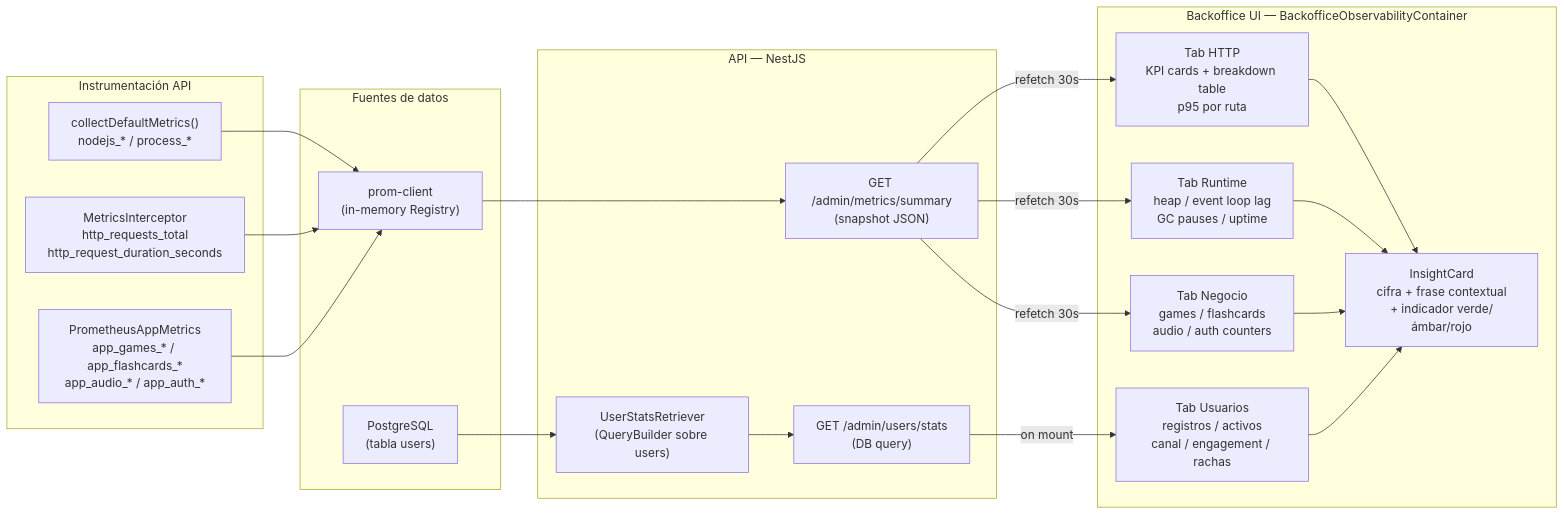
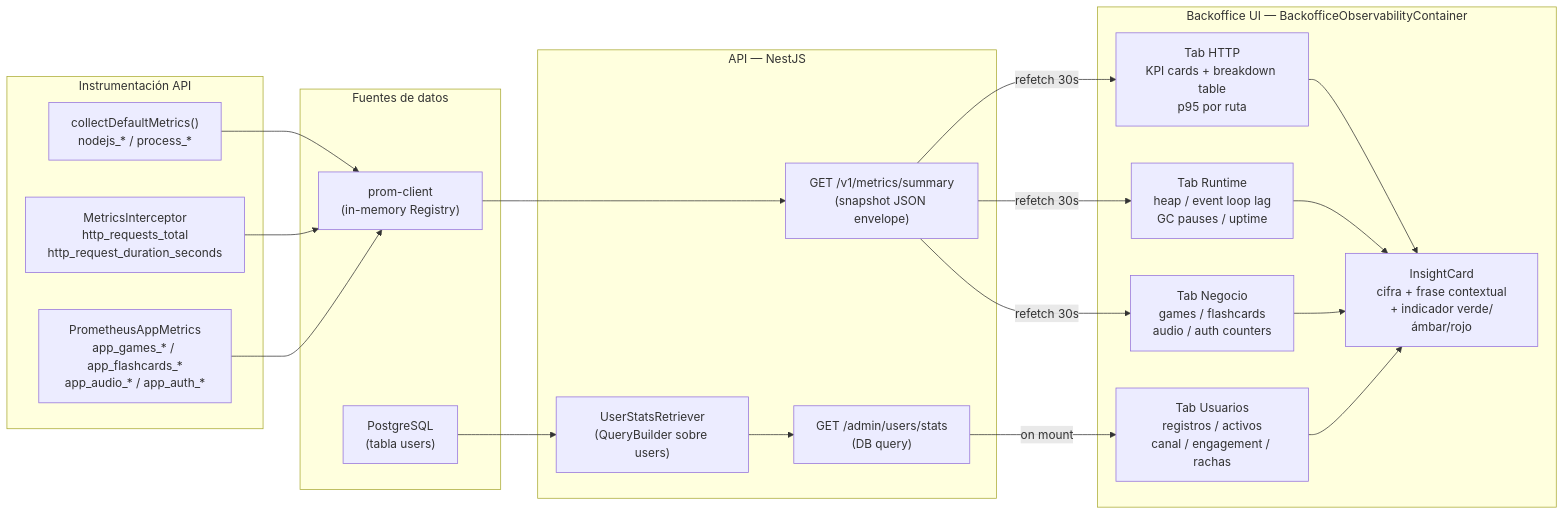
One commit to AbrahamVilchesDeLaCruz/ididntcatchthat changed the first of 3 diagrams in docs/diagrams/observability-backoffice.md. Above: the diagram before and after it, drawn with Mermaid. The commit also changed 6 other files, not shown here.

````diff
--- a/docs/diagrams/observability-backoffice.md
+++ b/docs/diagrams/observability-backoffice.md
@@ -9,44 +9,44 @@
 ```mermaid
 flowchart LR
     subgraph sources [Fuentes de datos]
         prometheus["prom-client\n(in-memory Registry)"]
         db["PostgreSQL\n(tabla users)"]
     end
 
     subgraph instrumentation [Instrumentación API]
         collectDefault["collectDefaultMetrics()\nnodejs_* / process_*"]
         interceptor["MetricsInterceptor\nhttp_requests_total\nhttp_request_duration_seconds"]
         appMetrics["PrometheusAppMetrics\napp_games_* / app_flashcards_*\napp_audio_* / app_auth_*"]
     end
 
     subgraph api [API — NestJS]
-        metricsEndpoint["GET /admin/metrics/summary\n(snapshot JSON)"]
+        metricsEndpoint["GET /v1/metrics/summary\n(snapshot JSON envelope)"]
         userStatsEndpoint["GET /admin/users/stats\n(DB query)"]
         userStatsUC["UserStatsRetriever\n(QueryBuilder sobre users)"]
     end
 
     subgraph frontend [Backoffice UI — BackofficeObservabilityContainer]
         tabHTTP["Tab HTTP\nKPI cards + breakdown table\np95 por ruta"]
         tabRuntime["Tab Runtime\nheap / event loop lag\nGC pauses / uptime"]
         tabBusiness["Tab Negocio\ngames / flashcards\naudio / auth counters"]
         tabUsers["Tab Usuarios\nregistros / activos\ncanal / engagement / rachas"]
         insightCard["InsightCard\ncifra + frase contextual\n+ indicador verde/ámbar/rojo"]
     end
 
     collectDefault --> prometheus
     interceptor --> prometheus
     appMetrics --> prometheus
     prometheus --> metricsEndpoint
 
     db --> userStatsUC --> userStatsEndpoint
 
     metricsEndpoint -->|"refetch 30s"| tabHTTP
     metricsEndpoint -->|"refetch 30s"| tabRuntime
     metricsEndpoint -->|"refetch 30s"| tabBusiness
     userStatsEndpoint -->|"on mount"| tabUsers
 
     tabHTTP --> insightCard
     tabRuntime --> insightCard
     tabBusiness --> insightCard
     tabUsers --> insightCard
 ```
````
